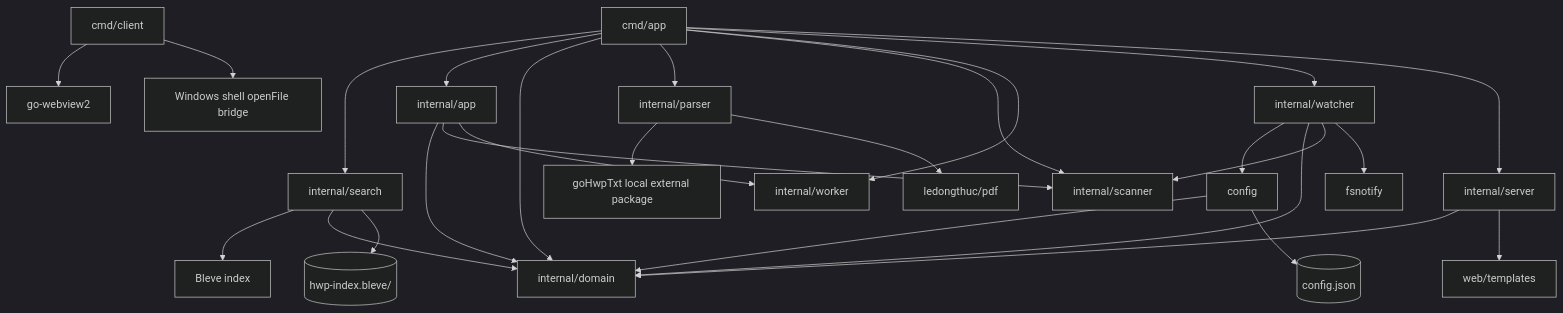
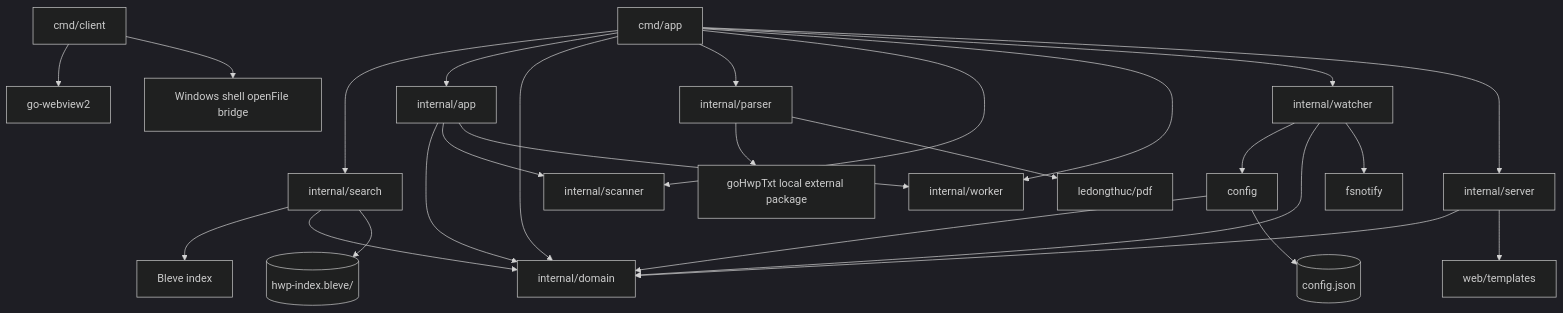
Before and after one commit to aprilgom/DocSearcher: the diagram in ARCHITECTURE.md, drawn with Mermaid (dark theme). The commit also changed other lines of this file and 7 other files, not shown here.

````diff
--- a/ARCHITECTURE.md
+++ b/ARCHITECTURE.md
@@ -71,36 +71,35 @@
 ```mermaid
 flowchart TD
     app[cmd/app] --> search[internal/search]
     app --> appuse[internal/app]
     app --> domain[internal/domain]
     app --> parser[internal/parser]
     app --> scanner[internal/scanner]
     app --> worker[internal/worker]
     app --> watcher[internal/watcher]
     app --> server[internal/server]
 
     client[cmd/client] --> webview[go-webview2]
     client --> osopen[Windows shell openFile bridge]
 
     server --> domain
     server --> templates[web/templates]
 
     watcher --> config
     watcher --> domain
-    watcher --> scanner
     watcher --> fsnotify[fsnotify]
 
     appuse --> domain
     appuse --> scanner
     appuse --> worker
 
     parser --> gohwptxt[goHwpTxt local external package]
     parser --> pdf[ledongthuc/pdf]
 
     search --> bleve[Bleve index]
     search --> domain
 
     config --> domain
     config --> configjson[(config.json)]
     search --> indexdir[(hwp-index.bleve/)]
 ```
````
